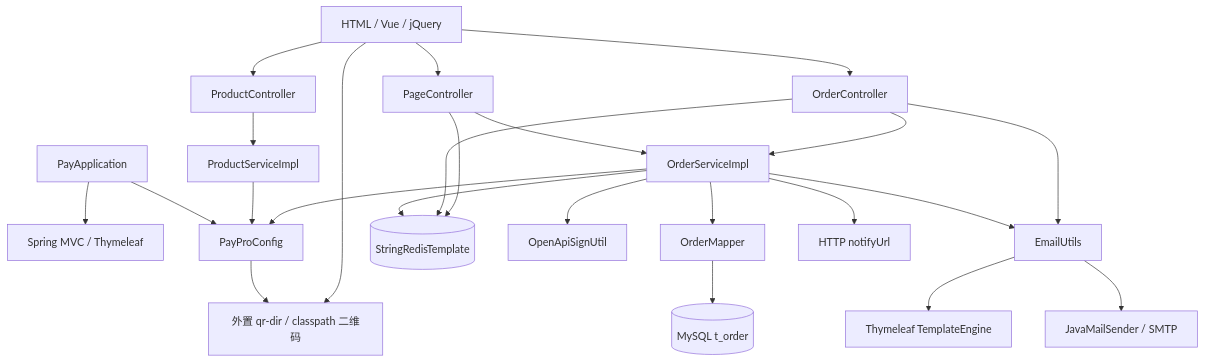
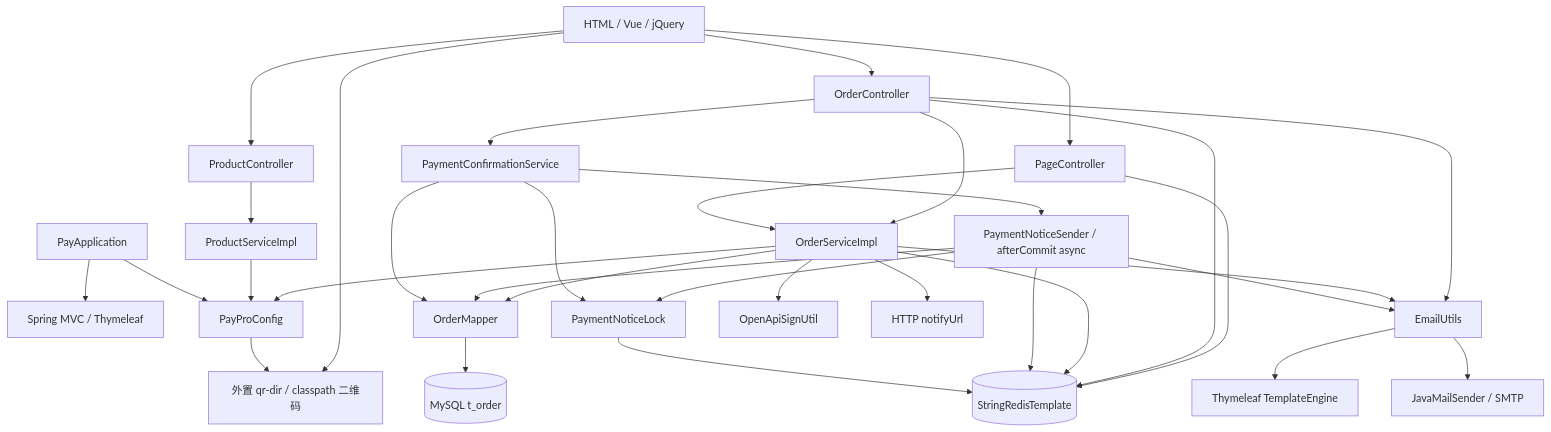
The diagram in docs/codegraph.md (ma906584241/PayPro), drawn with Mermaid before and after one commit. The commit also changed other lines of this file and 48 other files, not shown here.

````diff
--- a/docs/codegraph.md
+++ b/docs/codegraph.md
@@ -17,26 +17,35 @@
 ```mermaid
 flowchart TB
     App[PayApplication] --> MVC[Spring MVC / Thymeleaf]
     App --> Config[PayProConfig]
     Front[HTML / Vue / jQuery] --> Page[PageController]
     Front --> OC[OrderController]
     Front --> PC[ProductController]
     Page --> OS[OrderServiceImpl]
     OC --> OS
+    OC --> Confirm[PaymentConfirmationService]
+    Confirm --> OM
+    Confirm --> Lock[PaymentNoticeLock]
+    Lock --> Redis
+    Confirm --> Sender[PaymentNoticeSender / afterCommit async]
+    Sender --> OM
+    Sender --> Lock
+    Sender --> Redis
+    Sender --> Mail
     PC --> PS[ProductServiceImpl]
     PS --> Config
     OS --> Config
     OS --> OM[OrderMapper]
     OM --> DB[(MySQL t_order)]
     OS --> Redis[(StringRedisTemplate)]
     OC --> Redis
     Page --> Redis
     OS --> Sign[OpenApiSignUtil]
     OS --> Mail[EmailUtils]
     OC --> Mail
     Mail --> Template[Thymeleaf TemplateEngine]
     Mail --> SMTP[JavaMailSender / SMTP]
     OS --> Callback[HTTP notifyUrl]
     Config --> QR[外置 qr-dir / classpath 二维码]
     Front --> QR
 ```
````
